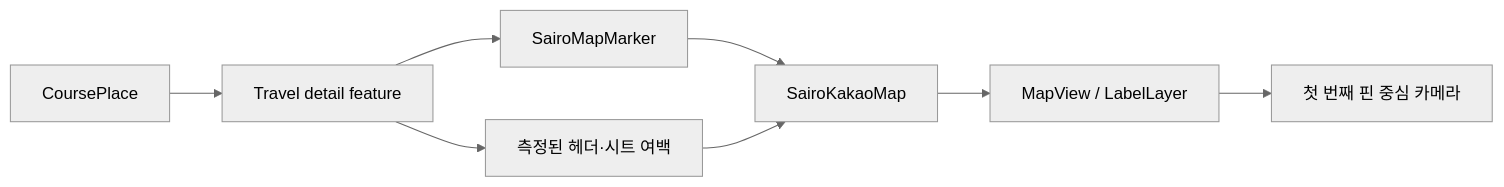
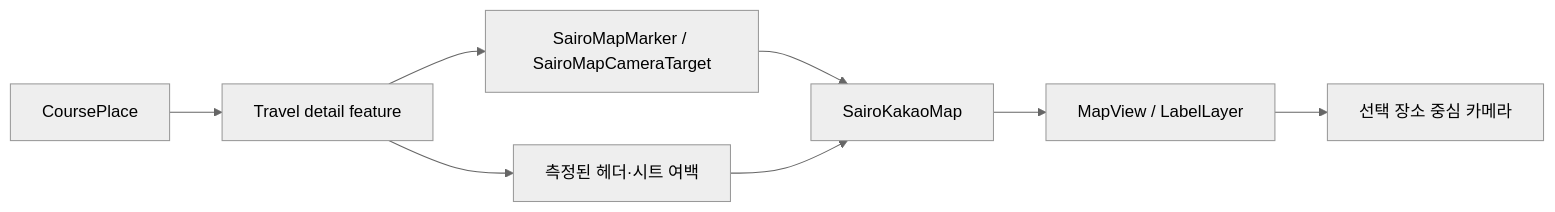
The diagram in docs/intermediate/kakao-map-compose-lifecycle.md (SAIRO14/SAIRO-ANDROID), drawn with Mermaid (neutral theme) before and after one commit. The commit also changed other lines of this file and 7 other files, not shown here.

````diff
--- a/docs/intermediate/kakao-map-compose-lifecycle.md
+++ b/docs/intermediate/kakao-map-compose-lifecycle.md
@@ -29,10 +30,10 @@
 ```mermaid
 flowchart LR
     D["CoursePlace"] --> F["Travel detail feature"]
-    F --> M["SairoMapMarker"]
+    F --> M["SairoMapMarker / SairoMapCameraTarget"]
     F --> P["측정된 헤더·시트 여백"]
     M --> K["SairoKakaoMap"]
     P --> K
     K --> V["MapView / LabelLayer"]
-    V --> C["첫 번째 핀 중심 카메라"]
+    V --> C["선택 장소 중심 카메라"]
 ```
````
